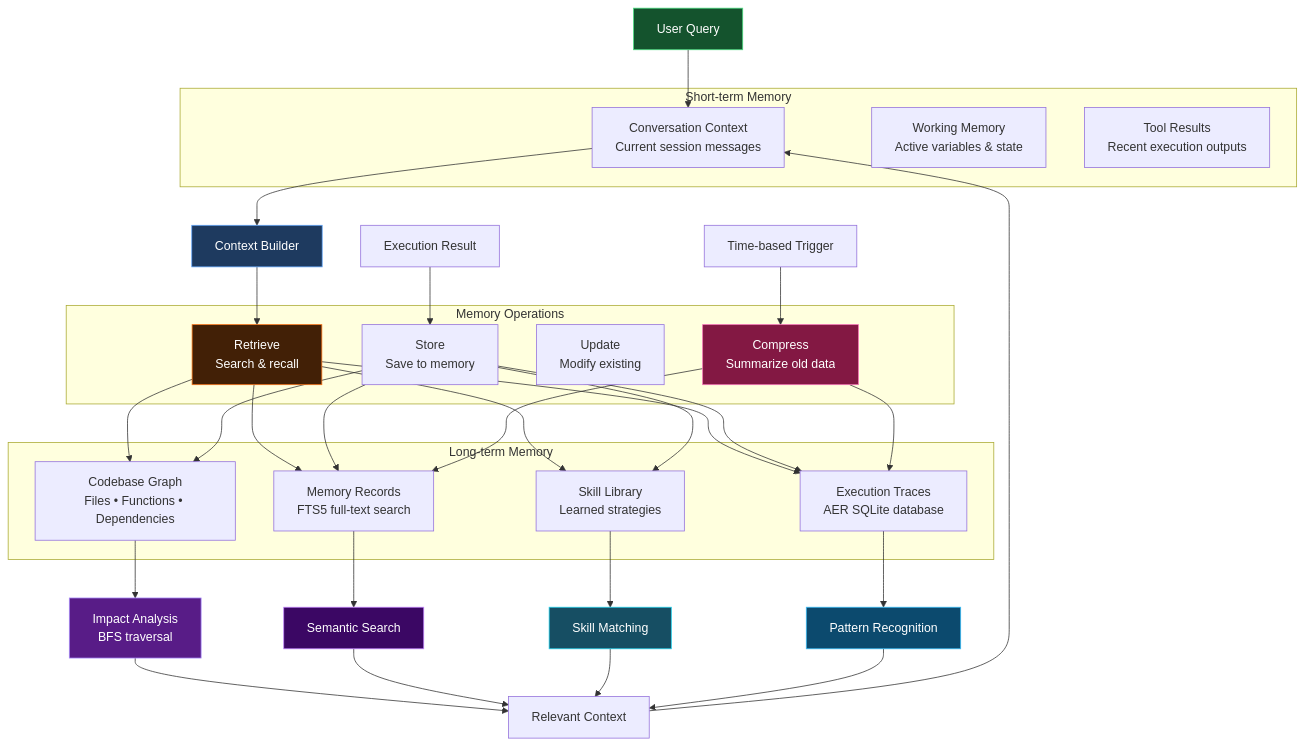
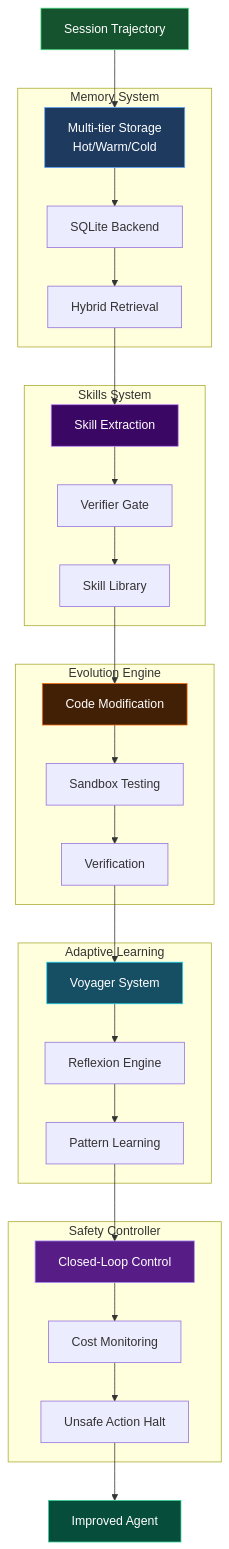
The fifth of 9 diagrams in docs/ARCHITECTURE_DIAGRAMS.md (ndqkhanh/lyra), drawn with Mermaid before and after one commit. The commit also changed other lines of this file, not shown here.

First line of the commit message:
docs: Update ARCHITECTURE_DIAGRAMS.md with all 5 completed plans

````diff
--- a/docs/ARCHITECTURE_DIAGRAMS.md
+++ b/docs/ARCHITECTURE_DIAGRAMS.md
@@ -167,51 +254,52 @@
 ```mermaid
 graph TB
-    subgraph "Short-term Memory"
-        ST1[Conversation Context<br/>Current session messages]
-        ST2[Working Memory<br/>Active variables & state]
-        ST3[Tool Results<br/>Recent execution outputs]
+    subgraph "Memory System"
+        MS1[Multi-tier Storage<br/>Hot/Warm/Cold]
+        MS2[SQLite Backend]
+        MS3[Hybrid Retrieval]
     end
     
-    subgraph "Long-term Memory"
-        LT1[Codebase Graph<br/>Files • Functions • Dependencies]
-        LT2[Memory Records<br/>FTS5 full-text search]
-        LT3[Skill Library<br/>Learned strategies]
-        LT4[Execution Traces<br/>AER SQLite database]
+    subgraph "Skills System"
+        SS1[Skill Extraction]
+        SS2[Verifier Gate]
+        SS3[Skill Library]
     end
     
-    subgraph "Memory Operations"
-        OP1[Store<br/>Save to memory]
-        OP2[Retrieve<br/>Search & recall]
-        OP3[Update<br/>Modify existing]
-        OP4[Compress<br/>Summarize old data]
+    subgraph "Evolution Engine"
+        EE1[Code Modification]
+        EE2[Sandbox Testing]
+        EE3[Verification]
     end
     
-    QUERY[User Query] --> ST1
-    ST1 --> CONTEXT[Context Builder]
+    subgraph "Adaptive Learning"
+        AL1[Voyager System]
+        AL2[Reflexion Engine]
+        AL3[Pattern Learning]
+    end
     
-    CONTEXT --> OP2
-    OP2 --> LT1 & LT2 & LT3 & LT4
+    subgraph "Safety Controller"
+        SC1[Closed-Loop Control]
+        SC2[Cost Monitoring]
+        SC3[Unsafe Action Halt]
+    end
     
-    LT1 --> IMPACT[Impact Analysis<br/>BFS traversal]
-    LT2 --> SEARCH[Semantic Search]
-    LT3 --> SKILLS[Skill Matching]
-    LT4 --> PATTERNS[Pattern Recognition]
+    TRAJECTORY[Session Trajectory] --> MS1
+    MS1 --> MS2 --> MS3
+    MS3 --> SS1
+    SS1 --> SS2 --> SS3
+    SS3 --> EE1
+    EE1 --> EE2 --> EE3
+    EE3 --> AL1
+    AL1 --> AL2 --> AL3
+    AL3 --> SC1
+    SC1 --> SC2 --> SC3
+    SC3 --> IMPROVED[Improved Agent]
     
-    IMPACT & SEARCH & SKILLS & PATTERNS --> RELEVANT[Relevant Context]
-    RELEVANT --> ST1
-    
-    RESULT[Execution Result] --> OP1
-    OP1 --> LT1 & LT2 & LT3 & LT4
-    
-    TIME[Time-based Trigger] --> OP4
-    OP4 --> LT2 & LT4
-    
-    style QUERY fill:#14532d,stroke:#4ade80,color:#fff
-    style CONTEXT fill:#1e3a5f,stroke:#60a5fa,color:#fff
-    style OP2 fill:#422006,stroke:#f97316,color:#fff
-    style IMPACT fill:#581c87,stroke:#a78bfa,color:#fff
-    style SEARCH fill:#3b0764,stroke:#c084fc,color:#fff
-    style SKILLS fill:#164e63,stroke:#22d3ee,color:#fff
-    style PATTERNS fill:#0c4a6e,stroke:#38bdf8,color:#fff
-    style OP4 fill:#831843,stroke:#f472b6,color:#fff
+    style TRAJECTORY fill:#14532d,stroke:#4ade80,color:#fff
+    style MS1 fill:#1e3a5f,stroke:#60a5fa,color:#fff
+    style SS1 fill:#3b0764,stroke:#c084fc,color:#fff
+    style EE1 fill:#422006,stroke:#f97316,color:#fff
+    style AL1 fill:#164e63,stroke:#22d3ee,color:#fff
+    style SC1 fill:#581c87,stroke:#a78bfa,color:#fff
+    style IMPROVED fill:#064e3b,stroke:#34d399,color:#fff
 ```
````
